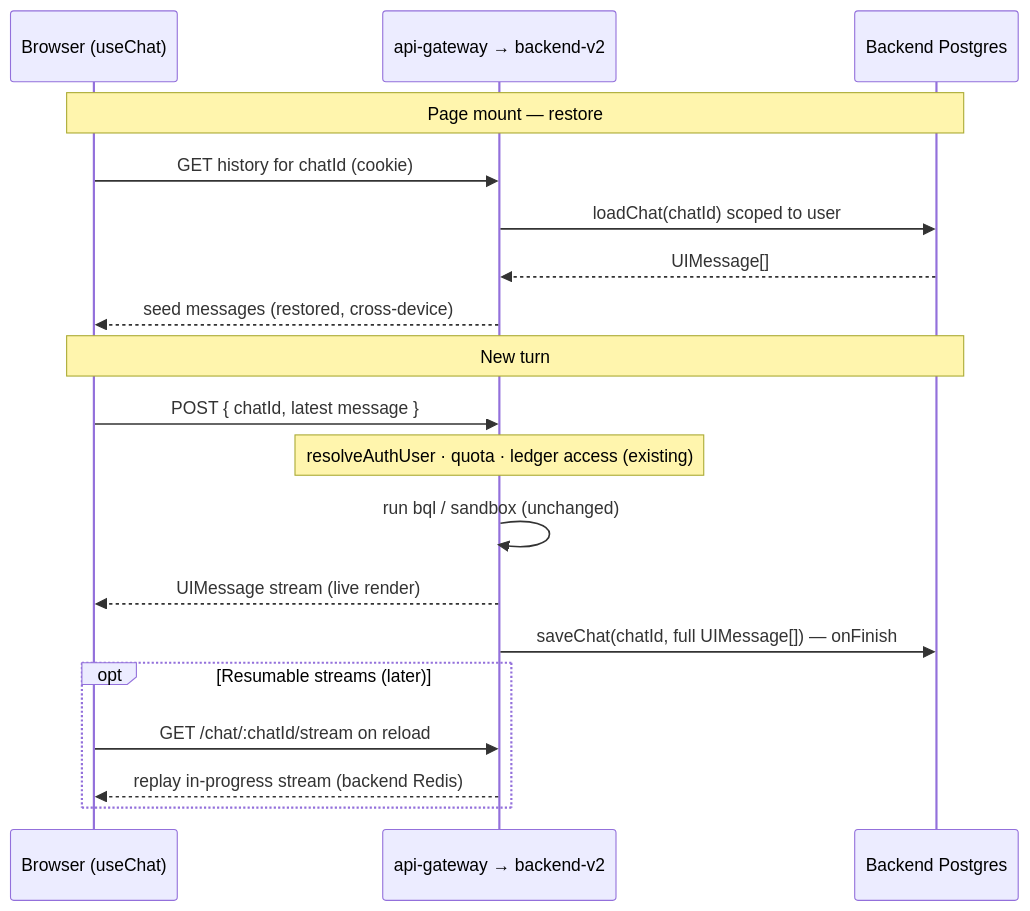
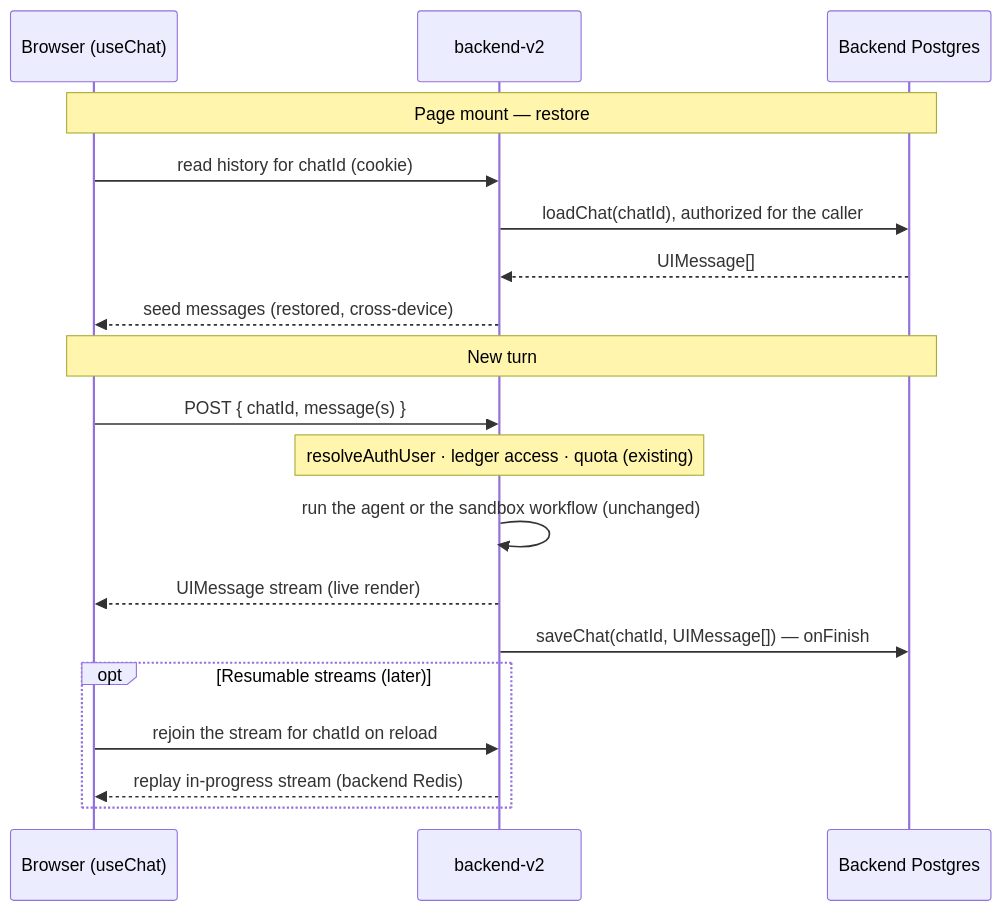
The third of 4 diagrams in docs/adrs/ADR001-dashboard-chat-history-persistence.md (bex-co/beancount-io), drawn with Mermaid before and after one commit. The commit also changed other lines of this file and 17 other files, not shown here.

````diff
--- a/docs/adrs/ADR001-dashboard-chat-history-persistence.md
+++ b/docs/adrs/ADR001-dashboard-chat-history-persistence.md
@@ -96,24 +117,24 @@
 ```mermaid
 sequenceDiagram
   participant U as Browser (useChat)
-  participant B as api-gateway → backend-v2
+  participant B as backend-v2
   participant S as Backend Postgres
 
   Note over U,S: Page mount — restore
-  U->>B: GET history for chatId (cookie)
-  B->>S: loadChat(chatId) scoped to user
+  U->>B: read history for chatId (cookie)
+  B->>S: loadChat(chatId), authorized for the caller
   S-->>B: UIMessage[]
   B-->>U: seed messages (restored, cross-device)
 
   Note over U,S: New turn
-  U->>B: POST { chatId, latest message }
-  Note over B: resolveAuthUser · quota · ledger access (existing)
-  B->>B: run bql / sandbox (unchanged)
+  U->>B: POST { chatId, message(s) }
+  Note over B: resolveAuthUser · ledger access · quota (existing)
+  B->>B: run the agent or the sandbox workflow (unchanged)
   B-->>U: UIMessage stream (live render)
-  B->>S: saveChat(chatId, full UIMessage[]) — onFinish
+  B->>S: saveChat(chatId, UIMessage[]) — onFinish
 
   opt Resumable streams (later)
-    U->>B: GET /chat/:chatId/stream on reload
+    U->>B: rejoin the stream for chatId on reload
     B-->>U: replay in-progress stream (backend Redis)
   end
 ```
````
